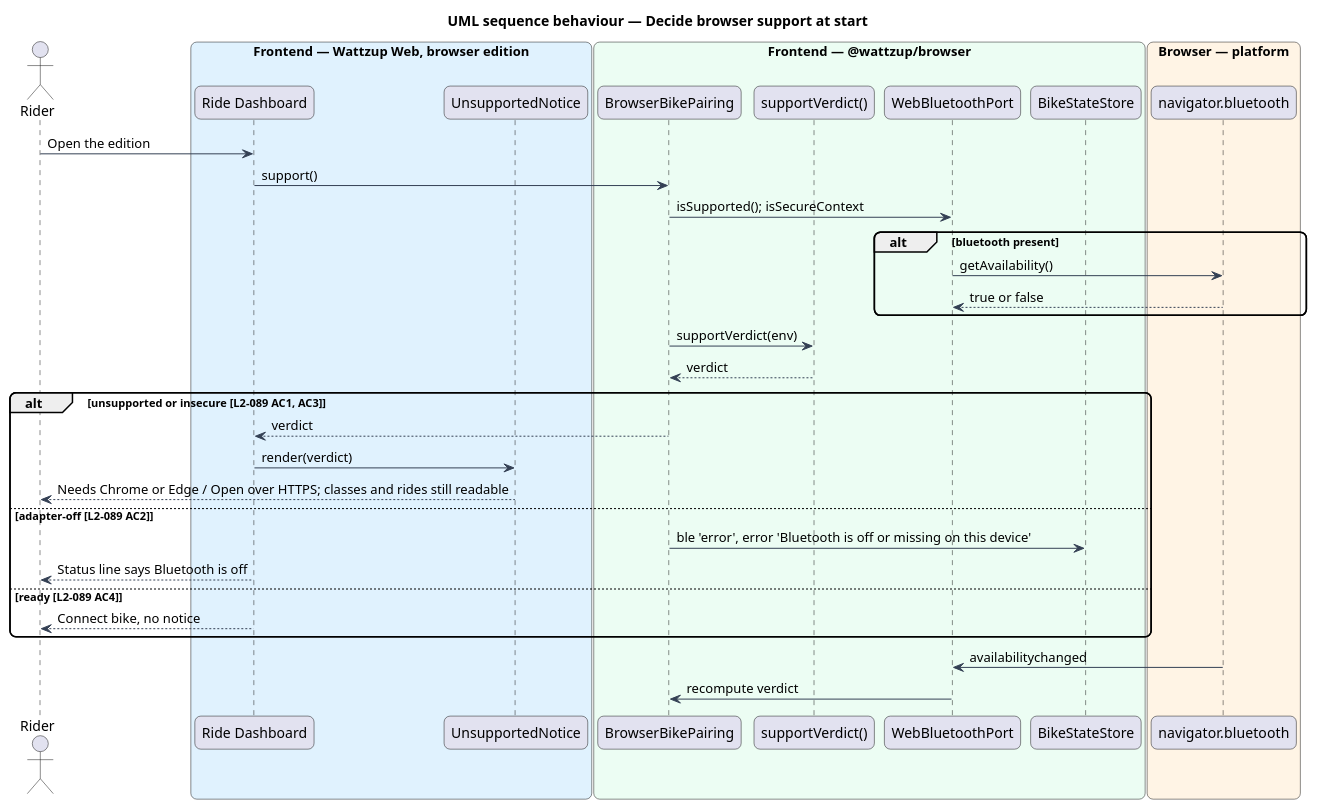
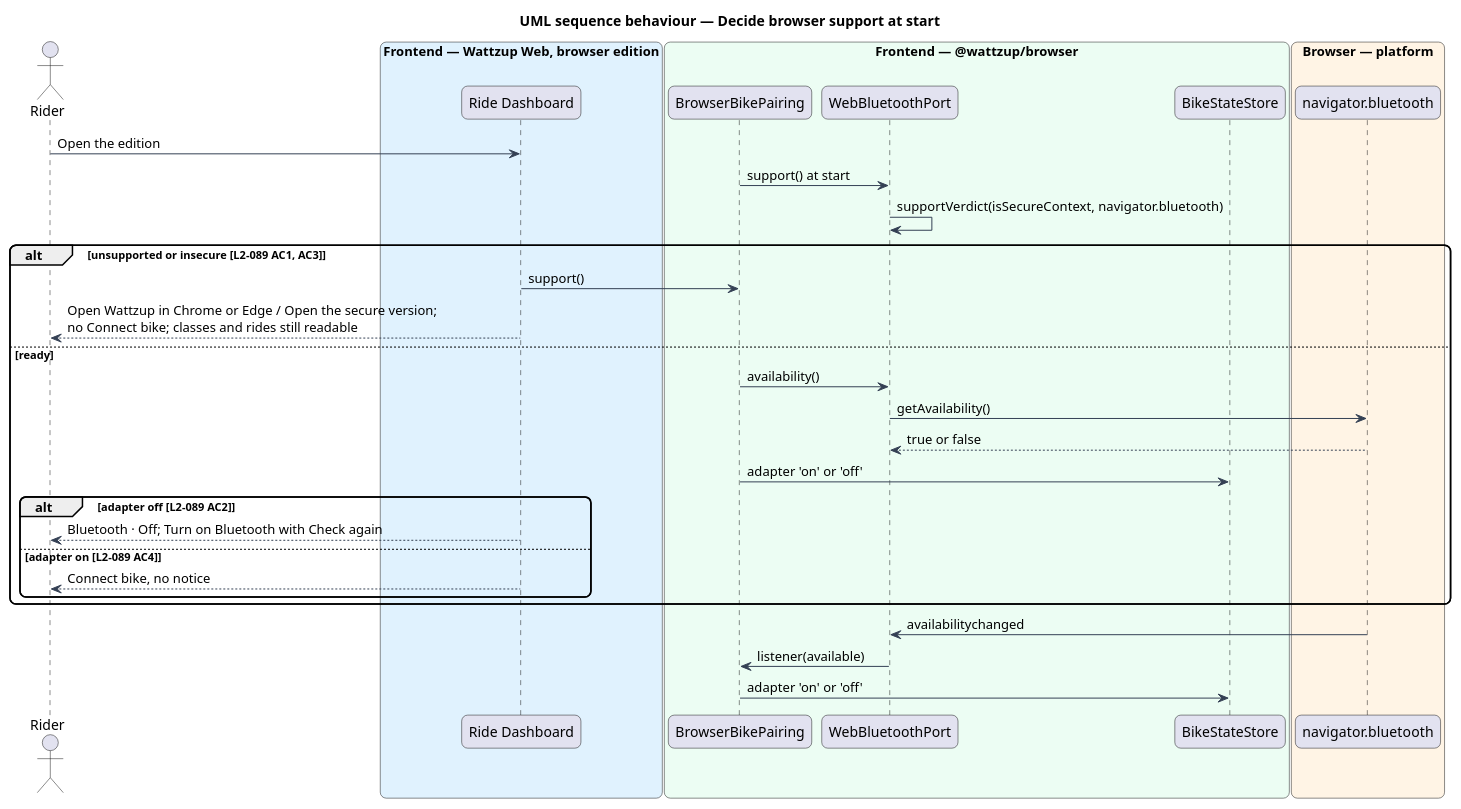
Before and after one commit to QuinntyneBrown/ride-one: the diagram in docs/detailed-designs/browser-edition/check-browser-support/diagrams/sequence-check-support.puml, drawn with PlantUML. The commit also changed 22 other files, not shown here.

```diff
--- a/docs/detailed-designs/browser-edition/check-browser-support/diagrams/sequence-check-support.puml
+++ b/docs/detailed-designs/browser-edition/check-browser-support/diagrams/sequence-check-support.puml
@@ -1,44 +1,41 @@
 @startuml
 title UML sequence behaviour — Decide browser support at start
 skinparam backgroundColor #FFFFFF
 skinparam shadowing false
 skinparam roundcorner 12
 skinparam defaultFontName Arial
 skinparam ArrowColor #344054
 actor "Rider" as rider
 box "Frontend — Wattzup Web, browser edition" #E0F2FE
   participant "Ride Dashboard" as page
-  participant "UnsupportedNotice" as notice
 end box
 box "Frontend — @wattzup/browser" #ECFDF3
   participant "BrowserBikePairing" as pairing
-  participant "supportVerdict()" as fn
   participant "WebBluetoothPort" as port
   participant "BikeStateStore" as store
 end box
 box "Browser — platform" #FFF4E5
   participant "navigator.bluetooth" as nb
 end box
 
 rider -> page : Open the edition
-page -> pairing : support()
-pairing -> port : isSupported(); isSecureContext
-alt bluetooth present
+pairing -> port : support() at start
+port -> port : supportVerdict(isSecureContext, navigator.bluetooth)
+alt unsupported or insecure [L2-089 AC1, AC3]
+  page -> pairing : support()
+  page --> rider : Open Wattzup in Chrome or Edge / Open the secure version;\nno Connect bike; classes and rides still readable
+else ready
+  pairing -> port : availability()
   port -> nb : getAvailability()
   nb --> port : true or false
-end
-pairing -> fn : supportVerdict(env)
-fn --> pairing : verdict
-alt unsupported or insecure [L2-089 AC1, AC3]
-  pairing --> page : verdict
-  page -> notice : render(verdict)
-  notice --> rider : Needs Chrome or Edge / Open over HTTPS; classes and rides still readable
-else adapter-off [L2-089 AC2]
-  pairing -> store : ble 'error', error 'Bluetooth is off or missing on this device'
-  page --> rider : Status line says Bluetooth is off
-else ready [L2-089 AC4]
-  page --> rider : Connect bike, no notice
+  pairing -> store : adapter 'on' or 'off'
+  alt adapter off [L2-089 AC2]
+    page --> rider : Bluetooth · Off; Turn on Bluetooth with Check again
+  else adapter on [L2-089 AC4]
+    page --> rider : Connect bike, no notice
+  end
 end
 nb -> port : availabilitychanged
-port -> pairing : recompute verdict
+port -> pairing : listener(available)
+pairing -> store : adapter 'on' or 'off'
 @enduml
```
